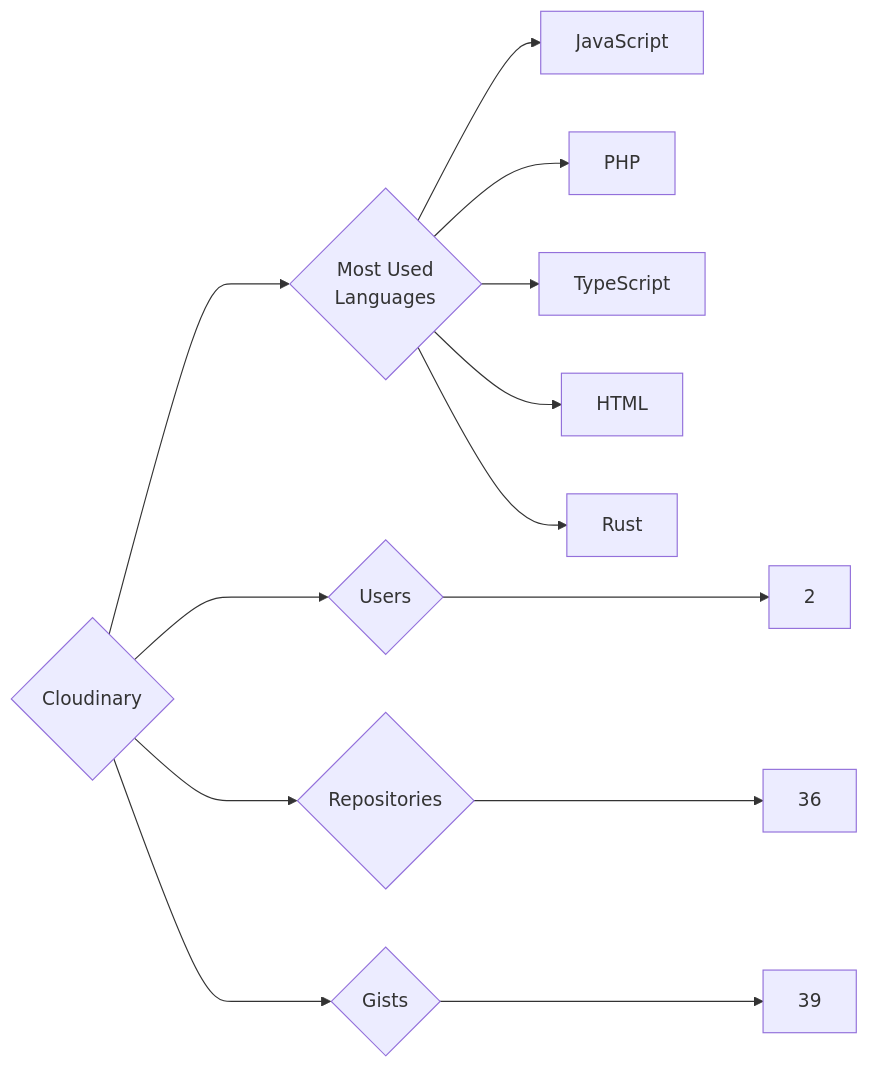
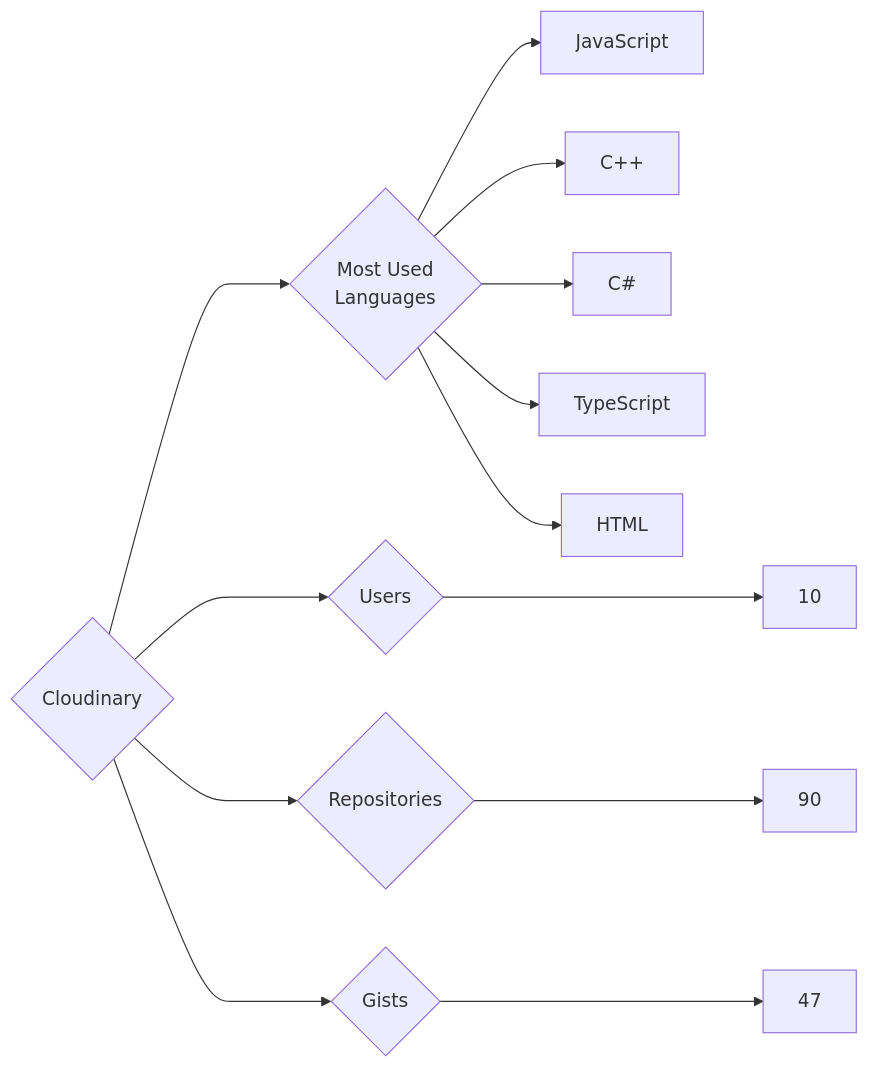
Before and after one commit to trickest/insiders: the diagram in targets/Cloudinary/README.md, drawn with Mermaid. The commit also changed 553 other files, not shown here.

````diff
--- a/targets/Cloudinary/README.md
+++ b/targets/Cloudinary/README.md
@@ -3,13 +3,13 @@
 ```mermaid
 graph LR
 COMPANY_NAME{Cloudinary}
-COMPANY_NAME ---> U{Users} ---> UN[2]
-COMPANY_NAME ---> R{Repositories} ---> RN[36]
-COMPANY_NAME ---> G{Gists} ---> GN[39]
+COMPANY_NAME ---> U{Users} ---> UN[10]
+COMPANY_NAME ---> R{Repositories} ---> RN[90]
+COMPANY_NAME ---> G{Gists} ---> GN[47]
 COMPANY_NAME ---> ML{Most Used<br>Languages}
 ML --> JavaScript[JavaScript]
-ML --> PHP[PHP]
+ML --> C++[C++]
+ML --> C#[C#]
 ML --> TypeScript[TypeScript]
 ML --> HTML[HTML]
-ML --> Rust[Rust]
 ```
````
